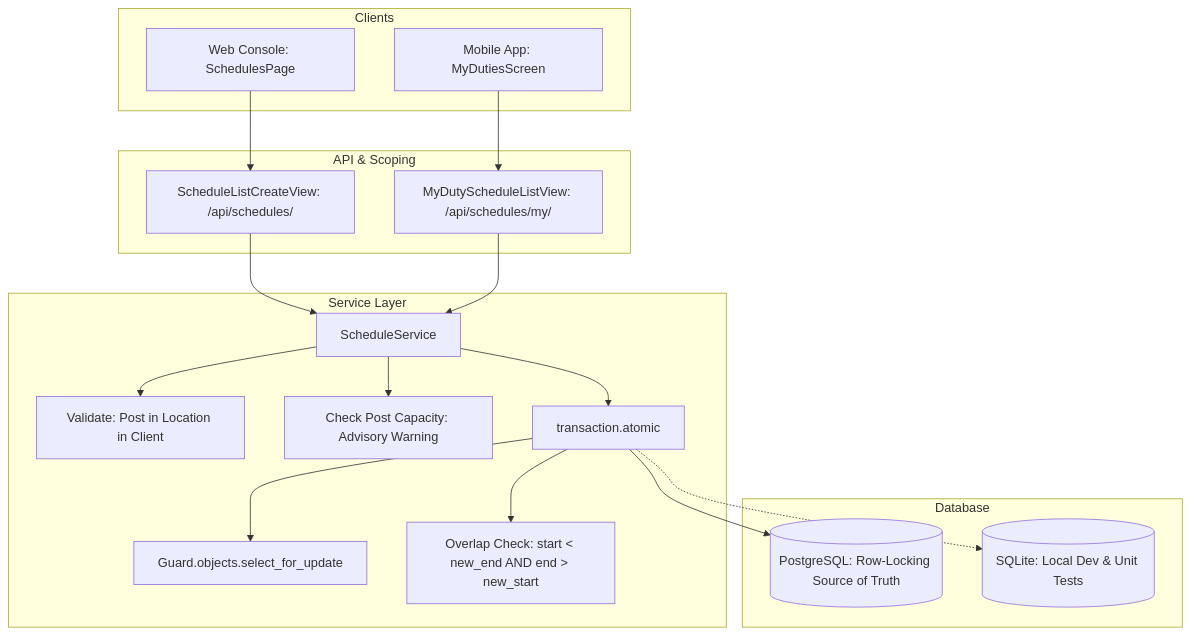
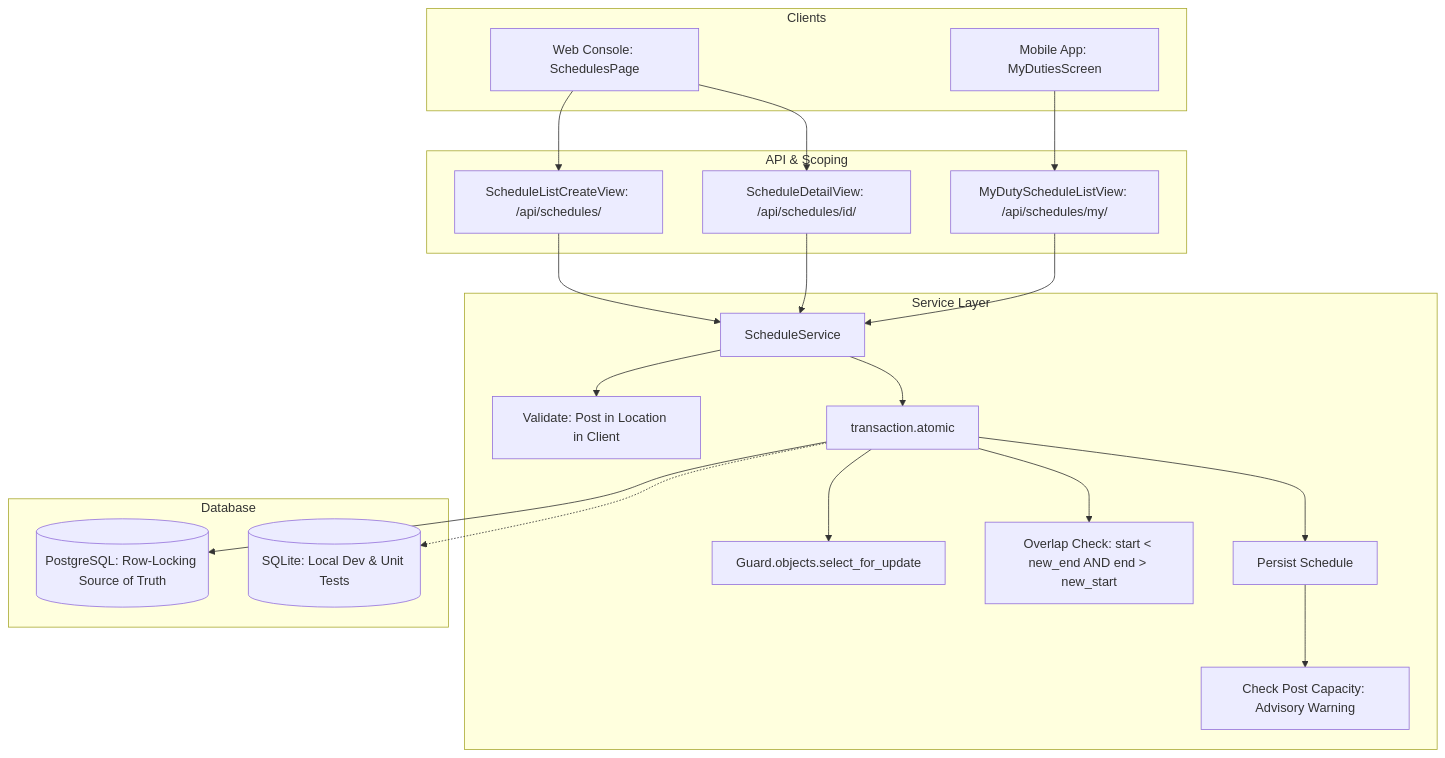
One commit to PrasannaX-Spec/Security_Agency_Management_System changed the diagram in docs/superpowers/plans/2026-10-04-phase-4-duty-scheduling.md. Above: the diagram before and after it, drawn with Mermaid. The commit also changed other lines of this file, not shown here.

````diff
--- a/docs/superpowers/plans/2026-10-04-phase-4-duty-scheduling.md
+++ b/docs/superpowers/plans/2026-10-04-phase-4-duty-scheduling.md
@@ -11,33 +11,37 @@
 ```mermaid
 graph TD
     subgraph "Clients"
         W[Web Console: SchedulesPage]
         M[Mobile App: MyDutiesScreen]
     end
 
     subgraph "API & Scoping"
         V1[ScheduleListCreateView: /api/schedules/]
-        V2[MyDutyScheduleListView: /api/schedules/my/]
+        V2[ScheduleDetailView: /api/schedules/id/]
+        V3[MyDutyScheduleListView: /api/schedules/my/]
     end
 
     subgraph "Service Layer"
         SS[ScheduleService]
         SS --> VLD[Validate: Post in Location in Client]
-        SS --> CAP[Check Post Capacity: Advisory Warning]
         SS --> TX[transaction.atomic]
         TX --> LCK[Guard.objects.select_for_update]
         TX --> OVL[Overlap Check: start < new_end AND end > new_start]
+        TX --> SAVE[Persist Schedule]
+        SAVE --> CAP[Check Post Capacity: Advisory Warning]
     end
 
     subgraph "Database"
         PG[(PostgreSQL: Row-Locking Source of Truth)]
         SQLITE[(SQLite: Local Dev & Unit Tests)]
     end
 
     W --> V1
-    M --> V2
+    W --> V2
+    M --> V3
     V1 --> SS
     V2 --> SS
+    V3 --> SS
     TX --> PG
     TX -.-> SQLITE
 ```
````
